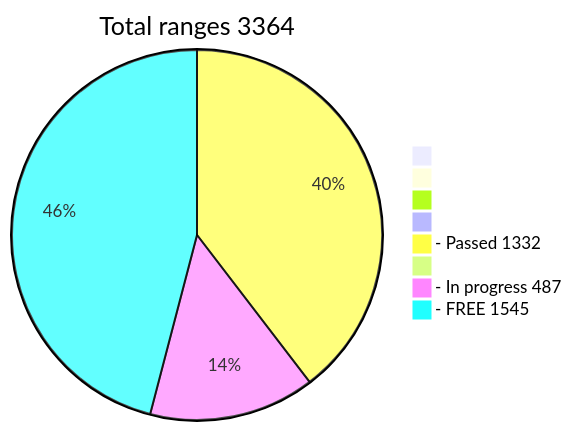
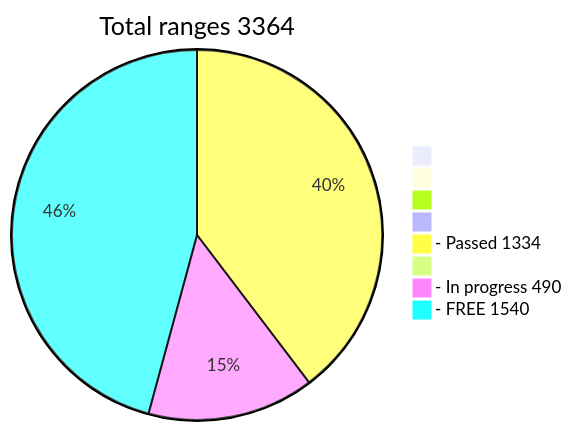
One commit to phrutis/wif500 changed the diagram in README.md. Above: the diagram before and after it, drawn with Mermaid.

````diff
--- a/README.md
+++ b/README.md
@@ -16,12 +16,12 @@
 ```mermaid
 pie title Total ranges 3364
              " " : 0
             "  " : 0
            "   " : 0
           "    " : 0
-  "- Passed 1332" : 1332
+  "- Passed 1334" : 1334
          "     " : 0
-  "- In progress 487" : 487
-   "- FREE 1545" : 1545
+  "- In progress 490" : 490
+   "- FREE 1540" : 1540
    
 ```
````
